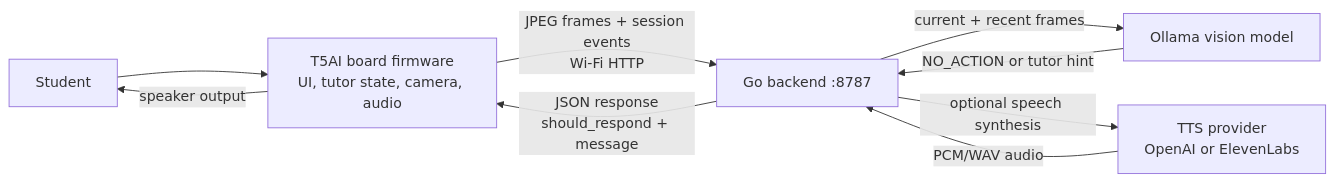
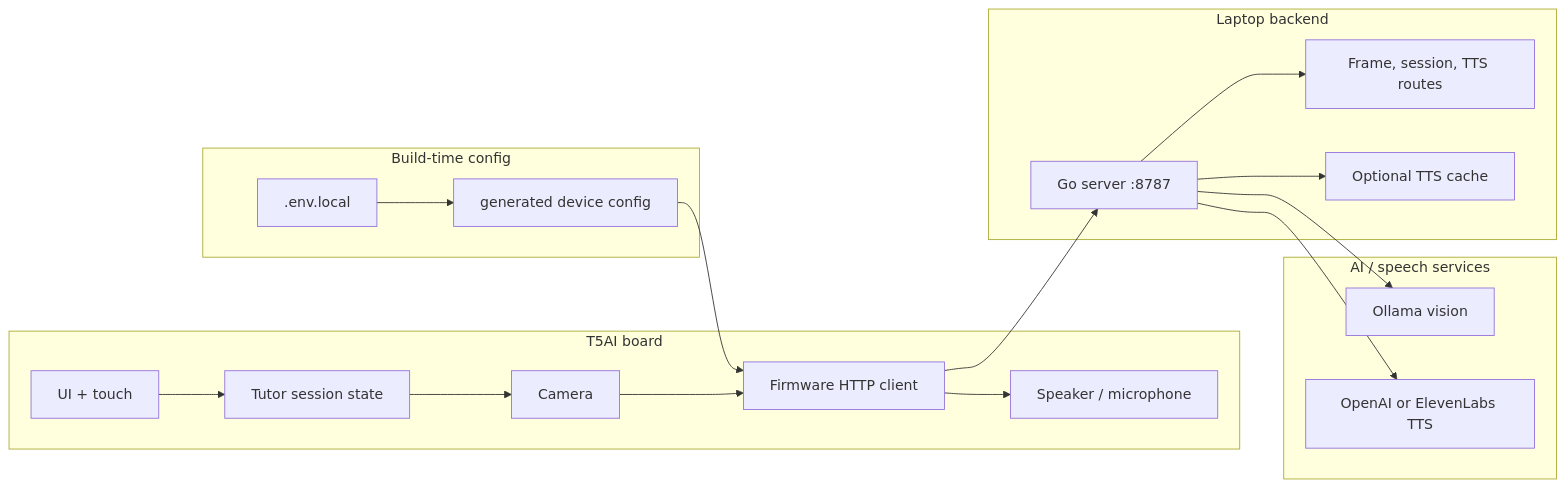
One commit to lifeadventurer/sidekick changed the first of 2 diagrams in docs/sidekick-architecture.md. Above: the diagram before and after it, drawn with Mermaid. The commit also changed other lines of this file, not shown here.

Commit message:
change interactive components to system components

````diff
--- a/docs/sidekick-architecture.md
+++ b/docs/sidekick-architecture.md
@@ -22,11 +22,38 @@
 ```mermaid
 flowchart LR
-    User["Student"] --> Board["T5AI board firmware<br/>UI, tutor state, camera, audio"]
-    Board -->|JPEG frames + session events<br/>Wi-Fi HTTP| Backend["Go backend :8787"]
-    Backend -->|current + recent frames| Ollama["Ollama vision model"]
-    Ollama -->|NO_ACTION or tutor hint| Backend
-    Backend -->|JSON response<br/>should_respond + message| Board
-    Backend -->|optional speech synthesis| TTS["TTS provider<br/>OpenAI or ElevenLabs"]
-    TTS -->|PCM/WAV audio| Backend
-    Board -->|speaker output| User
+    subgraph Board["T5AI board"]
+        UI["UI + touch"]
+        Tutor["Tutor session state"]
+        Camera["Camera"]
+        Audio["Speaker / microphone"]
+        Client["Firmware HTTP client"]
+    end
+
+    subgraph Backend["Laptop backend"]
+        Server["Go server :8787"]
+        Routes["Frame, session, TTS routes"]
+        Cache["Optional TTS cache"]
+    end
+
+    subgraph Services["AI / speech services"]
+        Vision["Ollama vision"]
+        Speech["OpenAI or ElevenLabs TTS"]
+    end
+
+    subgraph Config["Build-time config"]
+        Env[".env.local"]
+        Header["generated device config"]
+    end
+
+    Env --> Header
+    Header --> Client
+    UI --> Tutor
+    Tutor --> Camera
+    Camera --> Client
+    Client --> Server
+    Server --> Routes
+    Server --> Vision
+    Server --> Speech
+    Server --> Cache
+    Client --> Audio
 ```
````
